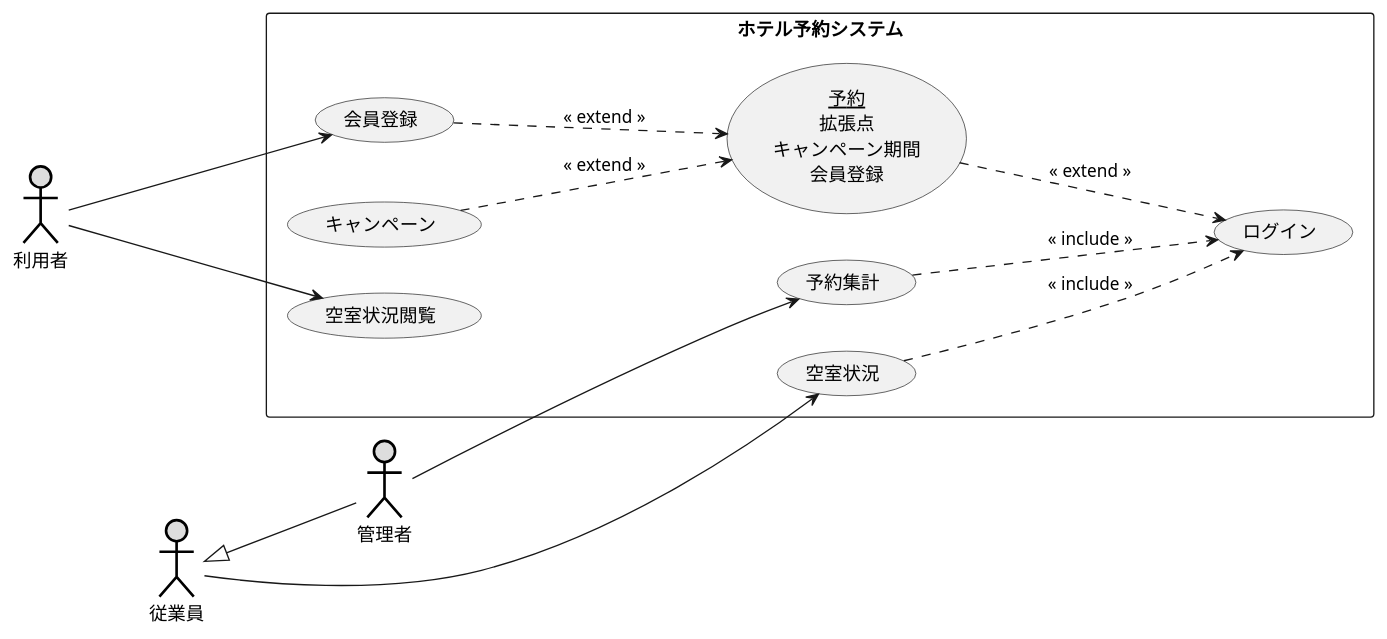
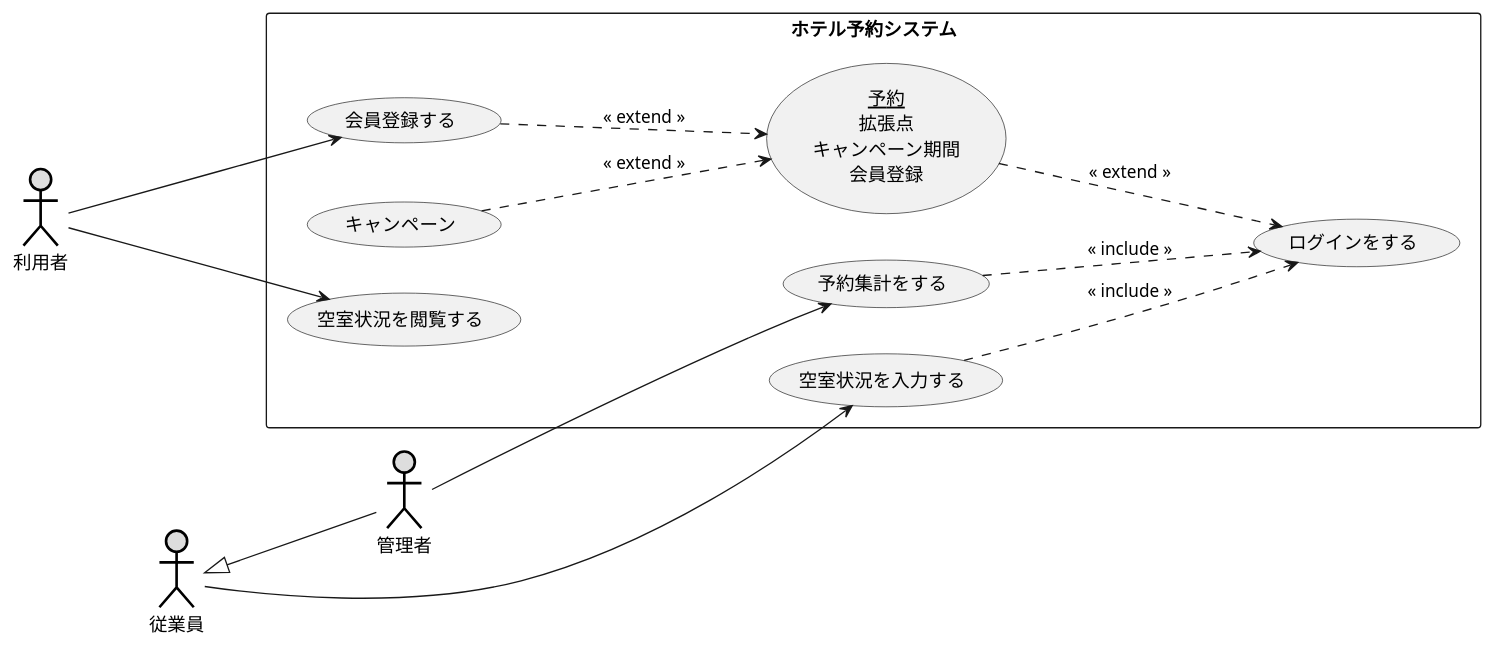
Before and after one commit to Raiki215/uml-introduction: the diagram in 演習2-8_UC_ホテル予約システム.pu, drawn with PlantUML.

Commit message:
やり直し

```diff
--- a/演習2-8_UC_ホテル予約システム.pu
+++ b/演習2-8_UC_ホテル予約システム.pu
@@ -1,40 +1,40 @@
 @startuml
 
 left to right direction
 
 actor 利用者 as user #DDDDDD;line:black;line.bold;
 actor 従業員 as employee #DDDDDD;line:black;line.bold;
 actor 管理者 as admin #DDDDDD;line:black;line.bold;
 
 rectangle ホテル予約システム {
-    usecase 会員登録 
+    usecase 会員登録する 
     usecase キャンペーン
-    usecase 空室状況閲覧
-    usecase 予約集計
-    usecase 空室状況
+    usecase 空室状況を閲覧する
+    usecase 予約集計をする
+    usecase 空室状況を入力する
     usecase (<u>予約</u>\n拡張点\nキャンペーン期間\n会員登録) as input
-    usecase ログイン
+    usecase ログインをする
 }
 
 
-    user ---> 会員登録
-    user ---> 空室状況閲覧
+    user ---> 会員登録する
+    user ---> 空室状況を閲覧する
 
-    会員登録 ...> input : <<  extend  >>
+    会員登録する ...> input : <<  extend  >>
     キャンペーン ...> input : <<  extend  >>
-    input ...> ログイン : <<  extend  >>
+    input ...> ログインをする : <<  extend  >>
 
-    予約集計 ...> ログイン : <<  include  >>
-    空室状況 ...> ログイン : <<  include  >>
+    予約集計をする ...> ログインをする : <<  include  >>
+    空室状況を入力する ...> ログインをする : <<  include  >>
 
     employee <|-- admin
 
-    admin ---> 予約集計
+    admin ---> 予約集計をする
 
-    employee ---> 空室状況
+    employee ---> 空室状況を入力する
 
 
 
 
 
 @enduml
```
